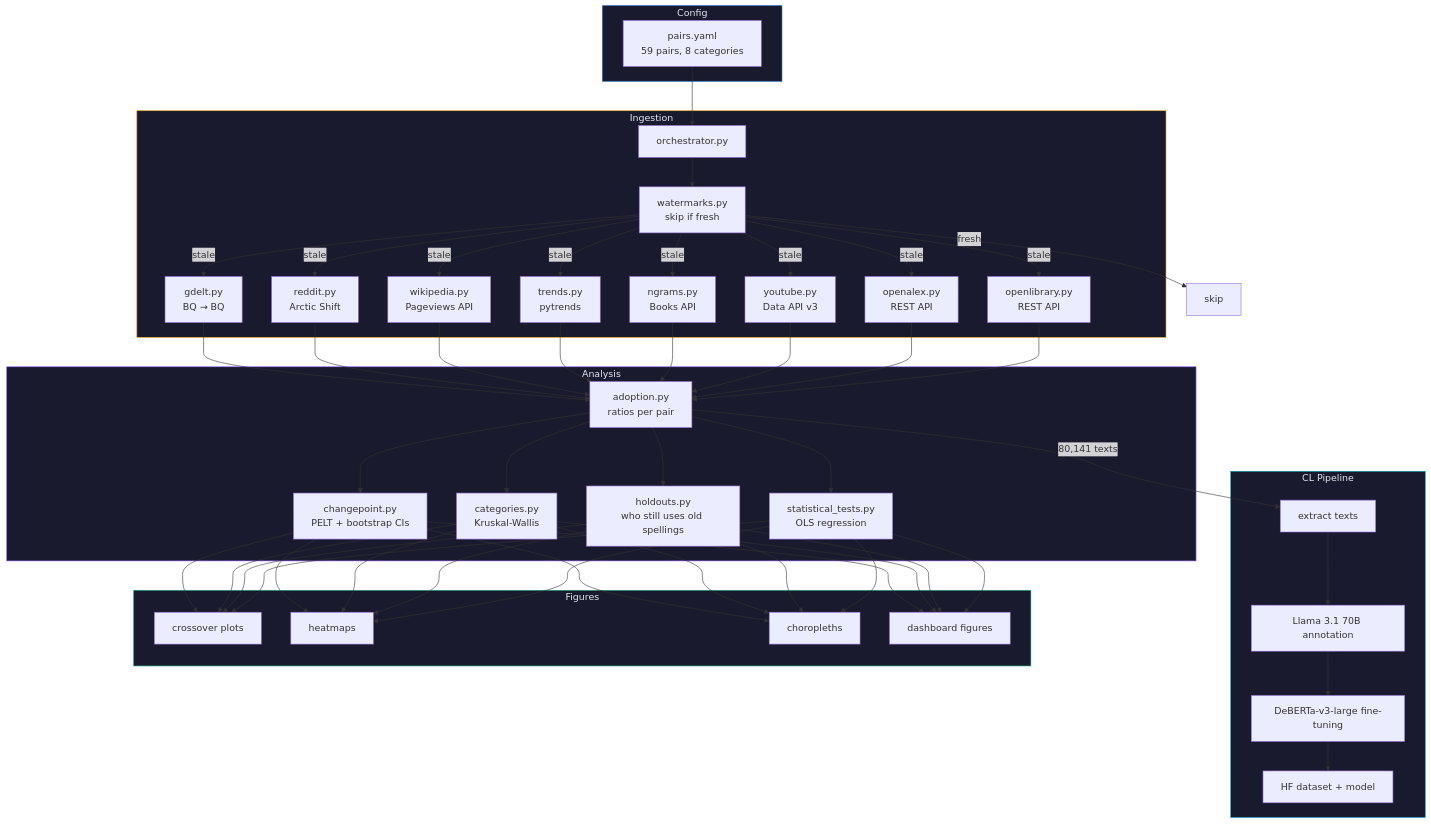
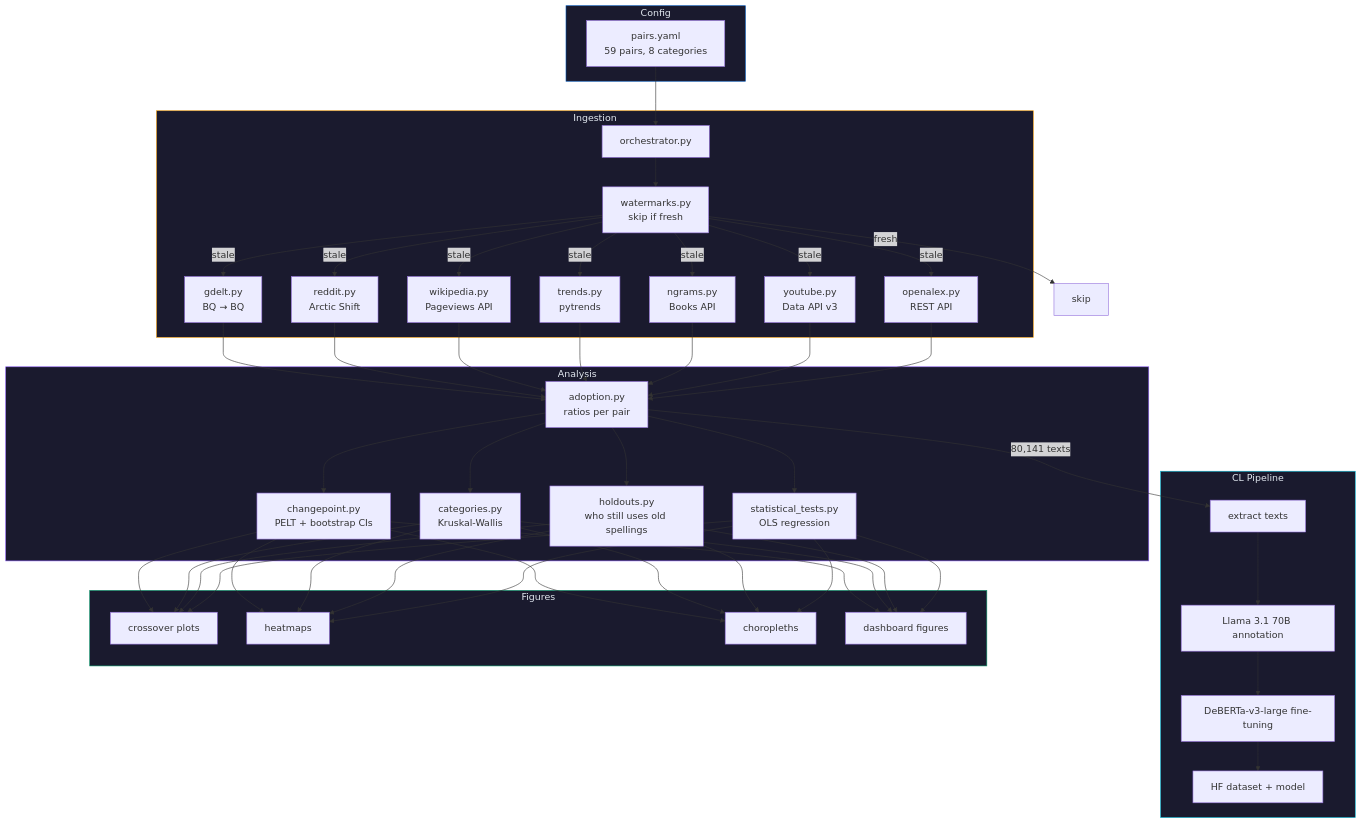
Before and after one commit to IvanDobrovolsky/kyivnotkiev: the diagram in pipeline/README.md, drawn with Mermaid. The commit also changed other lines of this file and 70 other files, not shown here.

````diff
--- a/pipeline/README.md
+++ b/pipeline/README.md
@@ -7,55 +7,54 @@
 ```mermaid
 flowchart TD
     subgraph Config
         style Config fill:#1a1a2e,stroke:#0057B8,color:#e2e8f0
         pairs["pairs.yaml<br/>59 pairs, 8 categories"]
     end
 
     subgraph Ingestion
         style Ingestion fill:#1a1a2e,stroke:#f59e0b,color:#e2e8f0
         orch["orchestrator.py"]
         wm["watermarks.py<br/>skip if fresh"]
         gdelt["gdelt.py<br/>BQ → BQ"]
         reddit["reddit.py<br/>Arctic Shift"]
         wiki["wikipedia.py<br/>Pageviews API"]
         trends["trends.py<br/>pytrends"]
         ngrams["ngrams.py<br/>Books API"]
         yt["youtube.py<br/>Data API v3"]
         oa["openalex.py<br/>REST API"]
-        ol["openlibrary.py<br/>REST API"]
     end
 
     subgraph Analysis
         style Analysis fill:#1a1a2e,stroke:#8b5cf6,color:#e2e8f0
         adopt["adoption.py<br/>ratios per pair"]
         cp["changepoint.py<br/>PELT + bootstrap CIs"]
         cat["categories.py<br/>Kruskal-Wallis"]
         hold["holdouts.py<br/>who still uses old spellings"]
         reg["statistical_tests.py<br/>OLS regression"]
     end
 
     subgraph CL["CL Pipeline"]
         style CL fill:#1a1a2e,stroke:#06b6d4,color:#e2e8f0
         extract["extract texts"]
         annotate["Llama 3.1 70B annotation"]
         finetune["DeBERTa-v3-large fine-tuning"]
         export["HF dataset + model"]
     end
 
     subgraph Figures
         style Figures fill:#1a1a2e,stroke:#059669,color:#e2e8f0
         cross["crossover plots"]
         heat["heatmaps"]
         choro["choropleths"]
         modern["dashboard figures"]
     end
 
     pairs --> orch
     orch --> wm
-    wm -->|stale| gdelt & reddit & wiki & trends & ngrams & yt & oa & ol
+    wm -->|stale| gdelt & reddit & wiki & trends & ngrams & yt & oa
     wm -->|fresh| skip["skip"]
-    gdelt & reddit & wiki & trends & ngrams & yt & oa & ol --> adopt
+    gdelt & reddit & wiki & trends & ngrams & yt & oa --> adopt
     adopt --> cp & cat & hold & reg
     adopt -->|80,141 texts| extract --> annotate --> finetune --> export
     cp & cat & hold & reg --> cross & heat & choro & modern
 ```
````
